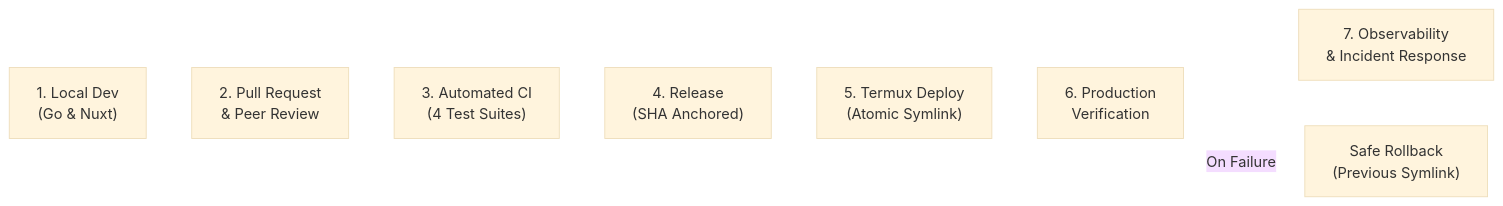
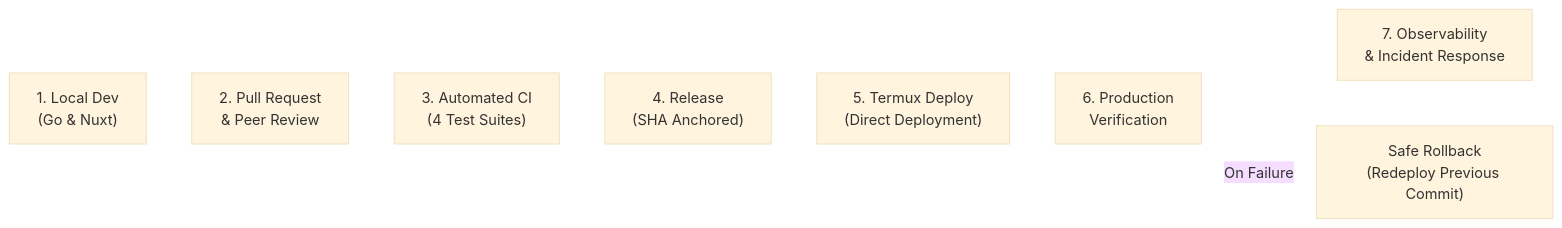
The diagram in docs/engineering/SDLC.md (FatPandaC8/KBA), drawn with Mermaid before and after one commit. The commit also changed 16 other files, not shown here.

````diff
--- a/docs/engineering/SDLC.md
+++ b/docs/engineering/SDLC.md
@@ -11,11 +11,11 @@
 ```mermaid
 %%{init: {'theme': 'base', 'themeVariables': { 'background': 'transparent' }}}%%
 flowchart LR
     Dev["1. Local Dev\n(Go & Nuxt)"] --> PR["2. Pull Request\n& Peer Review"]
     PR --> CI["3. Automated CI\n(4 Test Suites)"]
     CI --> Release["4. Release\n(SHA Anchored)"]
-    Release --> Deploy["5. Termux Deploy\n(Atomic Symlink)"]
+    Release --> Deploy["5. Termux Deploy\n(Direct Deployment)"]
     Deploy --> Verify["6. Production\nVerification"]
     Verify --> Obs["7. Observability\n& Incident Response"]
-    Verify -.->|On Failure| Rollback["Safe Rollback\n(Previous Symlink)"]
+    Verify -.->|On Failure| Rollback["Safe Rollback\n(Redeploy Previous Commit)"]
 ```
````
